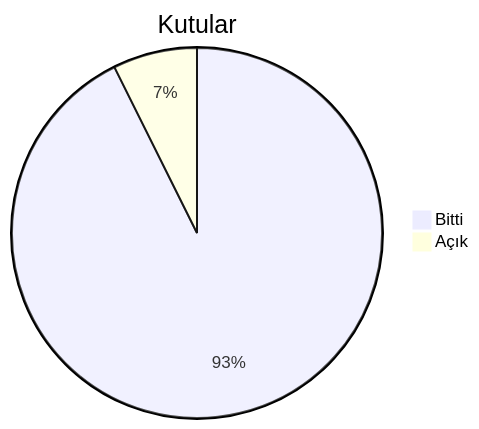
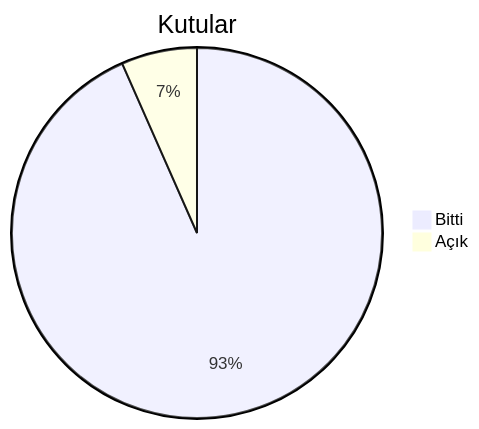
One commit to dogancanyildiz/kenet changed the second of 4 diagrams in docs/roadmap.md. Above: the diagram before and after it, drawn with Mermaid. The commit also changed other lines of this file and 150 other files, not shown here.

````diff
--- a/docs/roadmap.md
+++ b/docs/roadmap.md
@@ -47,5 +53,5 @@
 ```mermaid
 pie title Kutular
-    "Bitti" : 126
-    "Açık" : 10
+    "Bitti" : 127
+    "Açık" : 9
 ```
````
